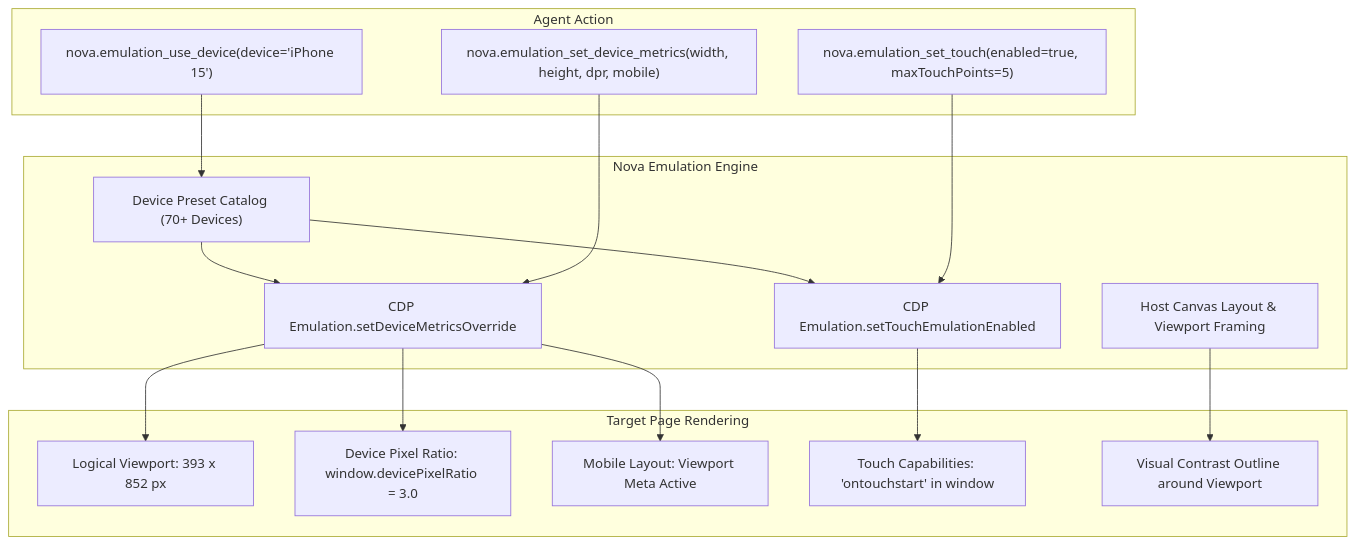
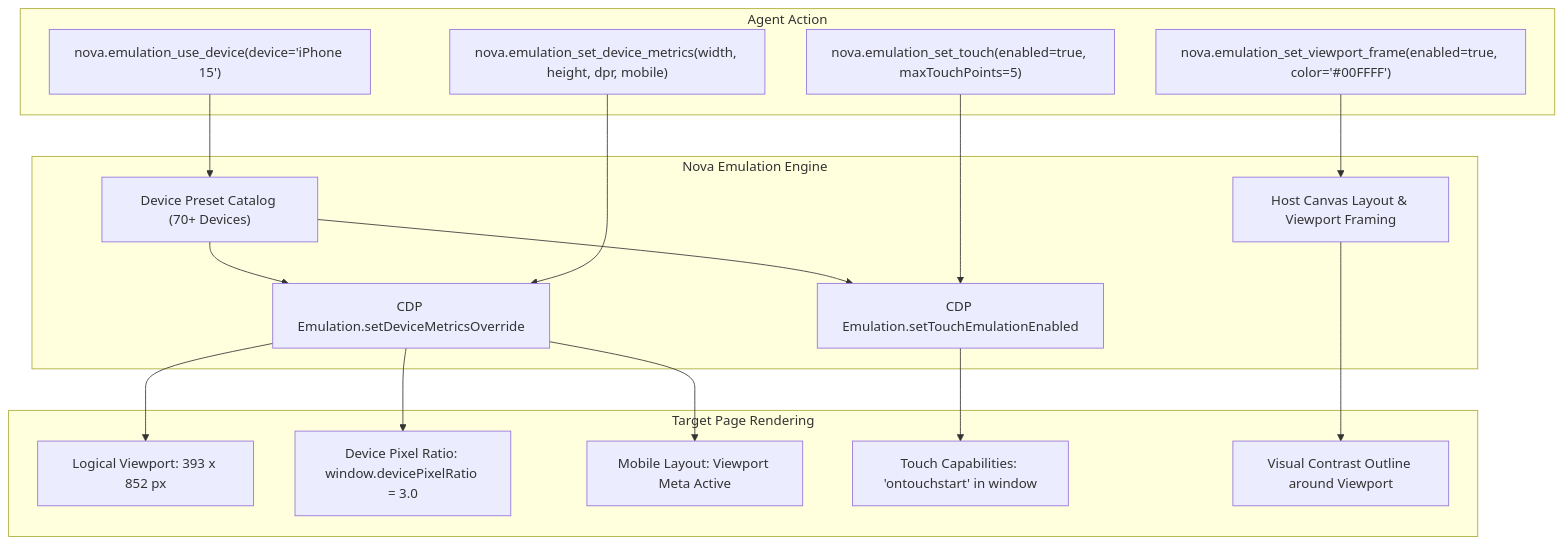
The diagram in docs/core-features/device-emulation/device-presets-and-metrics/README.md (joelaniol/nova), drawn with Mermaid before and after one commit. The commit also changed other lines of this file and 128 other files, not shown here.

````diff
--- a/docs/core-features/device-emulation/device-presets-and-metrics/README.md
+++ b/docs/core-features/device-emulation/device-presets-and-metrics/README.md
@@ -17,31 +33,33 @@
 ```mermaid
 flowchart TD
     subgraph AgentCall["Agent Action"]
         A1["nova.emulation_use_device(device='iPhone 15')"]
         A2["nova.emulation_set_device_metrics(width, height, dpr, mobile)"]
         A3["nova.emulation_set_touch(enabled=true, maxTouchPoints=5)"]
+        A4["nova.emulation_set_viewport_frame(enabled=true, color='#00FFFF')"]
     end
 
     subgraph EmulationEngine["Nova Emulation Engine"]
         E1["Device Preset Catalog (70+ Devices)"]
         E2["CDP Emulation.setDeviceMetricsOverride"]
         E3["CDP Emulation.setTouchEmulationEnabled"]
         E4["Host Canvas Layout & Viewport Framing"]
     end
 
     subgraph WebView["Target Page Rendering"]
         W1["Logical Viewport: 393 x 852 px"]
         W2["Device Pixel Ratio: window.devicePixelRatio = 3.0"]
         W3["Mobile Layout: Viewport Meta Active"]
         W4["Touch Capabilities: 'ontouchstart' in window"]
         W5["Visual Contrast Outline around Viewport"]
     end
 
     A1 --> E1
     E1 --> E2 & E3
     A2 --> E2
     A3 --> E3
+    A4 --> E4
     E2 --> W1 & W2 & W3
     E3 --> W4
     E4 --> W5
 ```
````
